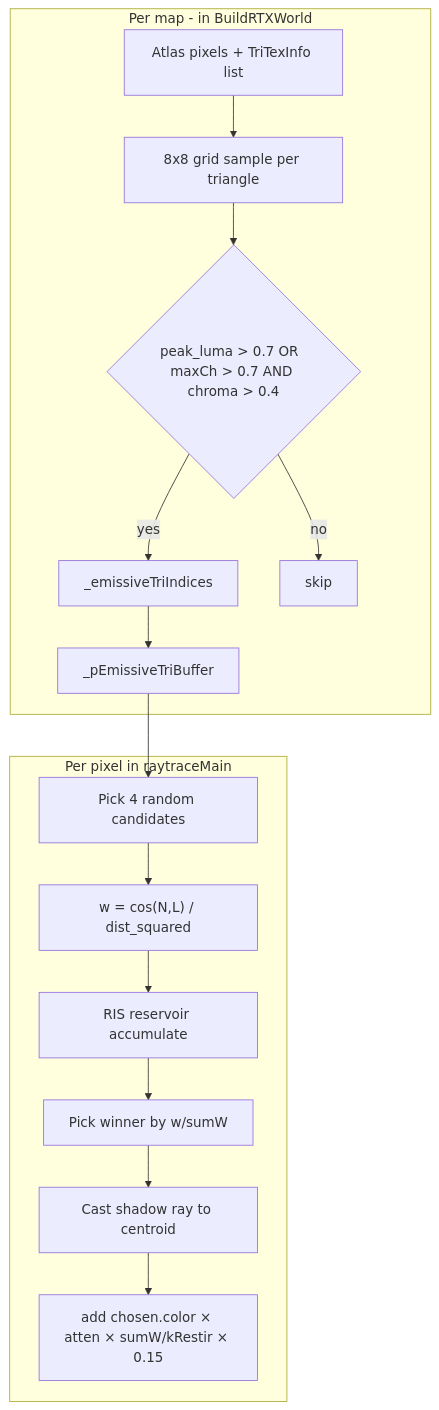
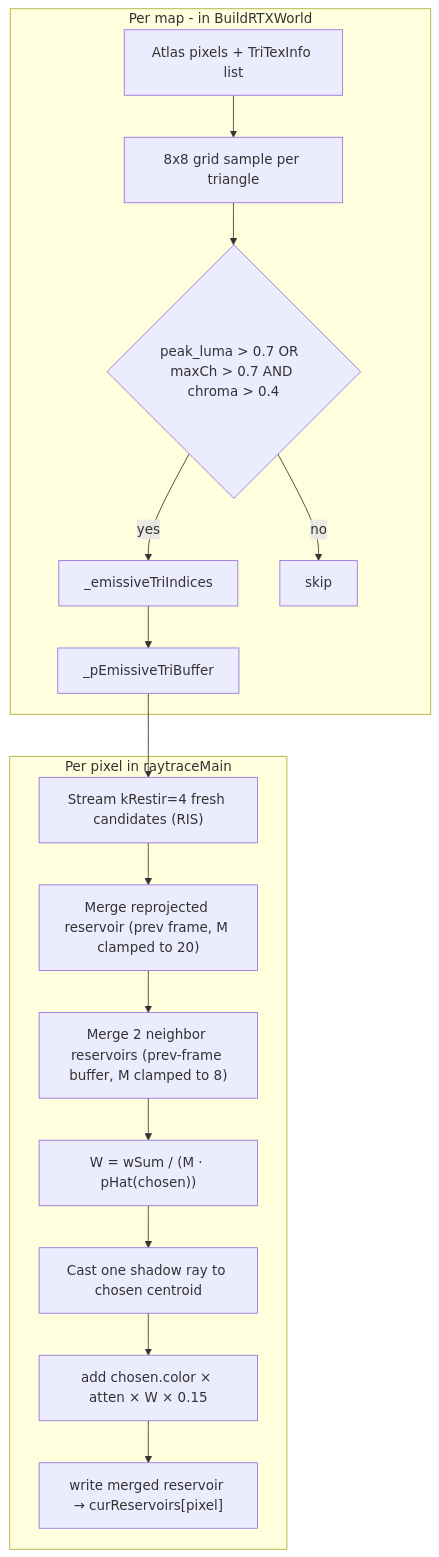
One commit to mstits/Metal-Quake changed the sixth of 10 diagrams in TECHNICAL.md. Above: the diagram before and after it, drawn with Mermaid. The commit also changed other lines of this file and 7 other files, not shown here.

````diff
--- a/TECHNICAL.md
+++ b/TECHNICAL.md
@@ -322,20 +322,21 @@
 ```mermaid
 flowchart TB
     subgraph MapLoad["Per map - in BuildRTXWorld"]
         Atlas[Atlas pixels + TriTexInfo list]
         Atlas --> Scan["8x8 grid sample per triangle"]
         Scan --> Heur{"peak_luma > 0.7 OR  maxCh > 0.7 AND chroma > 0.4"}
         Heur -->|yes| List[_emissiveTriIndices]
         Heur -->|no| Skip[skip]
         List --> Upload[_pEmissiveTriBuffer]
     end
 
     subgraph PerPixel["Per pixel in raytraceMain"]
-        Upload --> Pick[Pick 4 random candidates]
-        Pick --> Weight["w = cos(N,L) / dist_squared"]
-        Weight --> Reservoir[RIS reservoir accumulate]
-        Reservoir --> Chosen[Pick winner by w/sumW]
-        Chosen --> Shadow[Cast shadow ray to centroid]
-        Shadow --> Contrib["add chosen.color × atten × sumW/kRestir × 0.15"]
+        Upload --> Pick["Stream kRestir=4 fresh candidates (RIS)"]
+        Pick --> Temporal["Merge reprojected reservoir (prev frame, M clamped to 20)"]
+        Temporal --> Spatial["Merge 2 neighbor reservoirs (prev-frame buffer, M clamped to 8)"]
+        Spatial --> Finalize["W = wSum / (M · pHat(chosen))"]
+        Finalize --> Shadow[Cast one shadow ray to chosen centroid]
+        Shadow --> Contrib["add chosen.color × atten × W × 0.15"]
+        Contrib --> Store["write merged reservoir → curReservoirs[pixel]"]
     end
 ```
````
